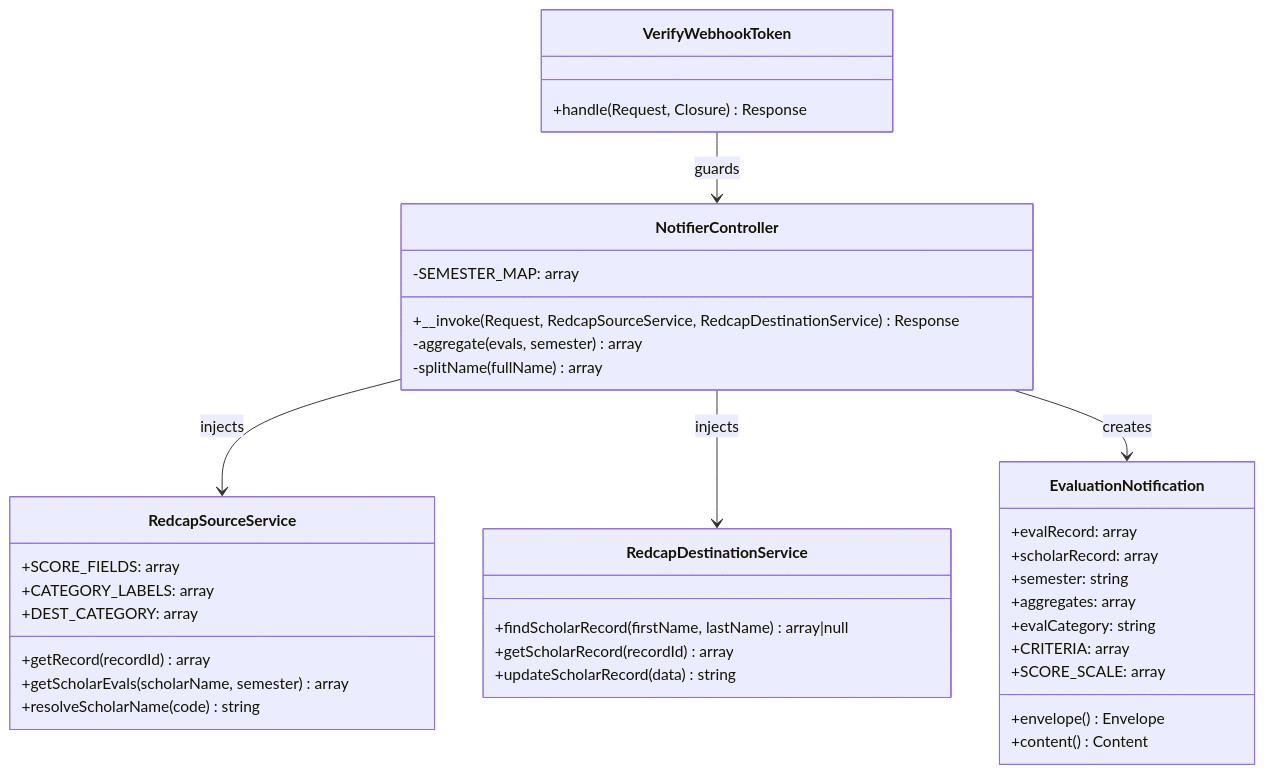
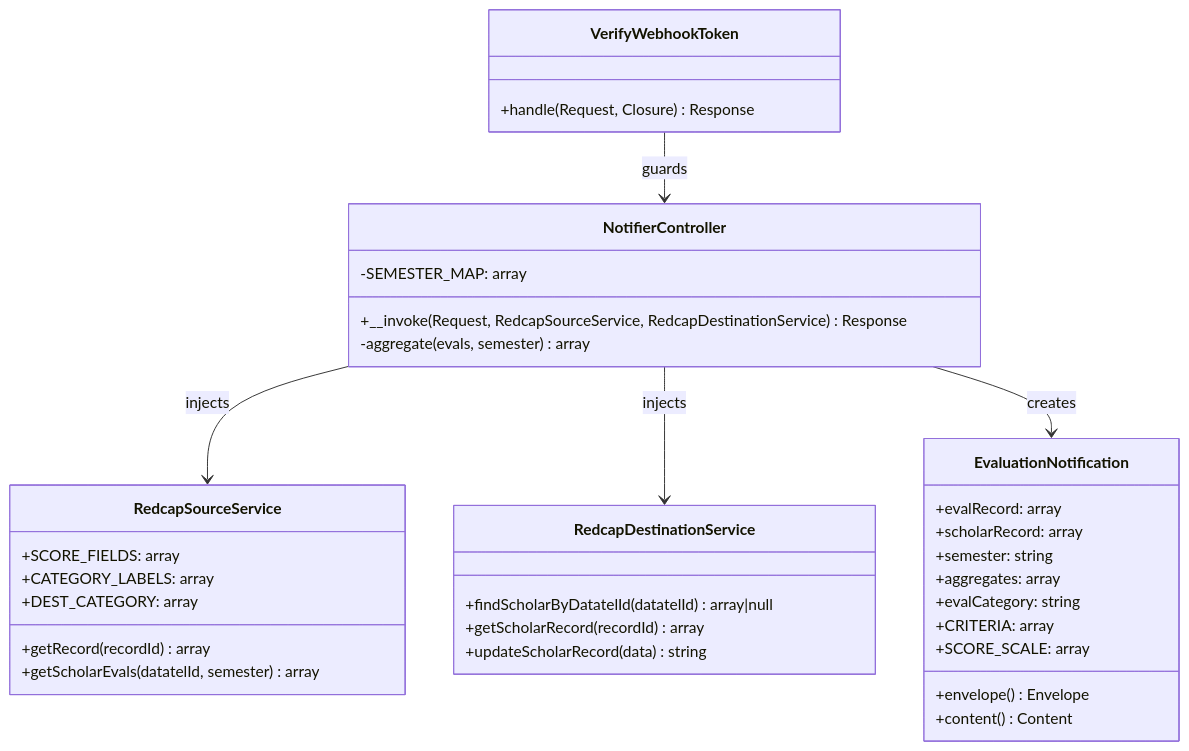
One commit to com-atg/OMM-SE changed the third of 5 diagrams in Docs/architecture.md. Above: the diagram before and after it, drawn with Mermaid. The commit also changed other lines of this file and 15 other files, not shown here.

Commit message:
Refactor NotifierController and related services to use `student` (datatelid) instead of `scholar_name`, and remove name resolution logic.

````diff
--- a/Docs/architecture.md
+++ b/Docs/architecture.md
@@ -67,45 +67,43 @@
 ```mermaid
 classDiagram
     class NotifierController {
         +__invoke(Request, RedcapSourceService, RedcapDestinationService) Response
         -aggregate(evals, semester) array
-        -splitName(fullName) array
         -SEMESTER_MAP: array
     }
 
     class RedcapSourceService {
         +getRecord(recordId) array
-        +getScholarEvals(scholarName, semester) array
-        +resolveScholarName(code) string
+        +getScholarEvals(datatelId, semester) array
         +SCORE_FIELDS: array
         +CATEGORY_LABELS: array
         +DEST_CATEGORY: array
     }
 
     class RedcapDestinationService {
-        +findScholarRecord(firstName, lastName) array|null
+        +findScholarByDatatelId(datatelId) array|null
         +getScholarRecord(recordId) array
         +updateScholarRecord(data) string
     }
 
     class VerifyWebhookToken {
         +handle(Request, Closure) Response
     }
 
     class EvaluationNotification {
         +evalRecord: array
         +scholarRecord: array
         +semester: string
         +aggregates: array
         +evalCategory: string
         +CRITERIA: array
         +SCORE_SCALE: array
         +envelope() Envelope
         +content() Content
     }
 
     NotifierController --> RedcapSourceService : injects
     NotifierController --> RedcapDestinationService : injects
     NotifierController --> EvaluationNotification : creates
     VerifyWebhookToken --> NotifierController : guards
 ```
````
